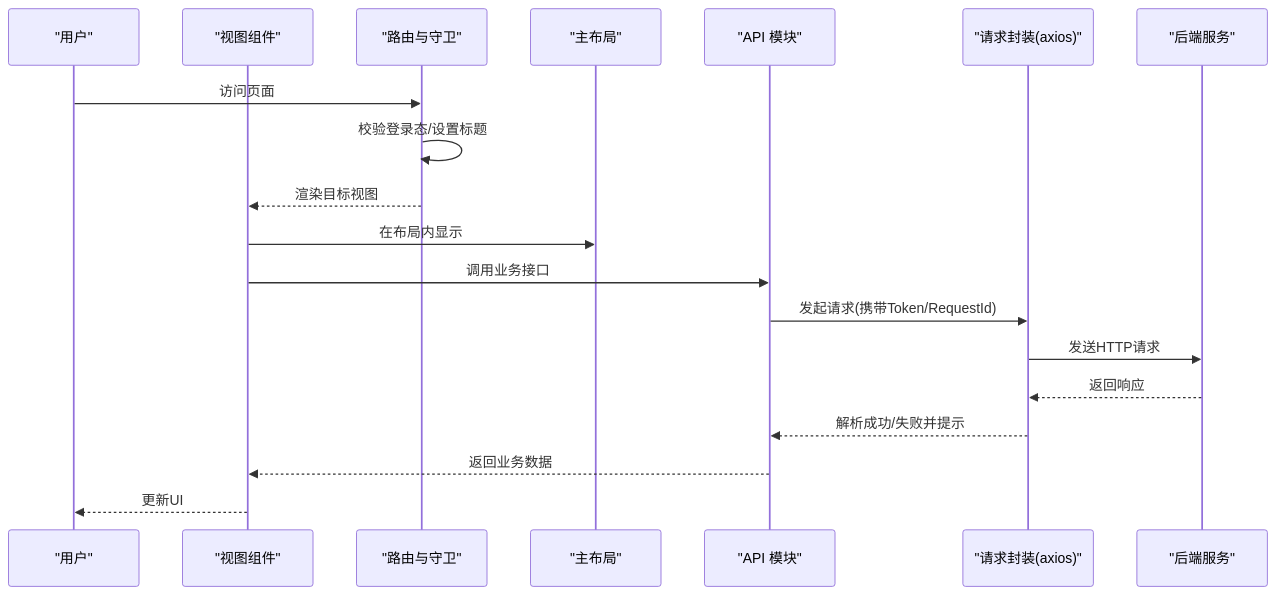
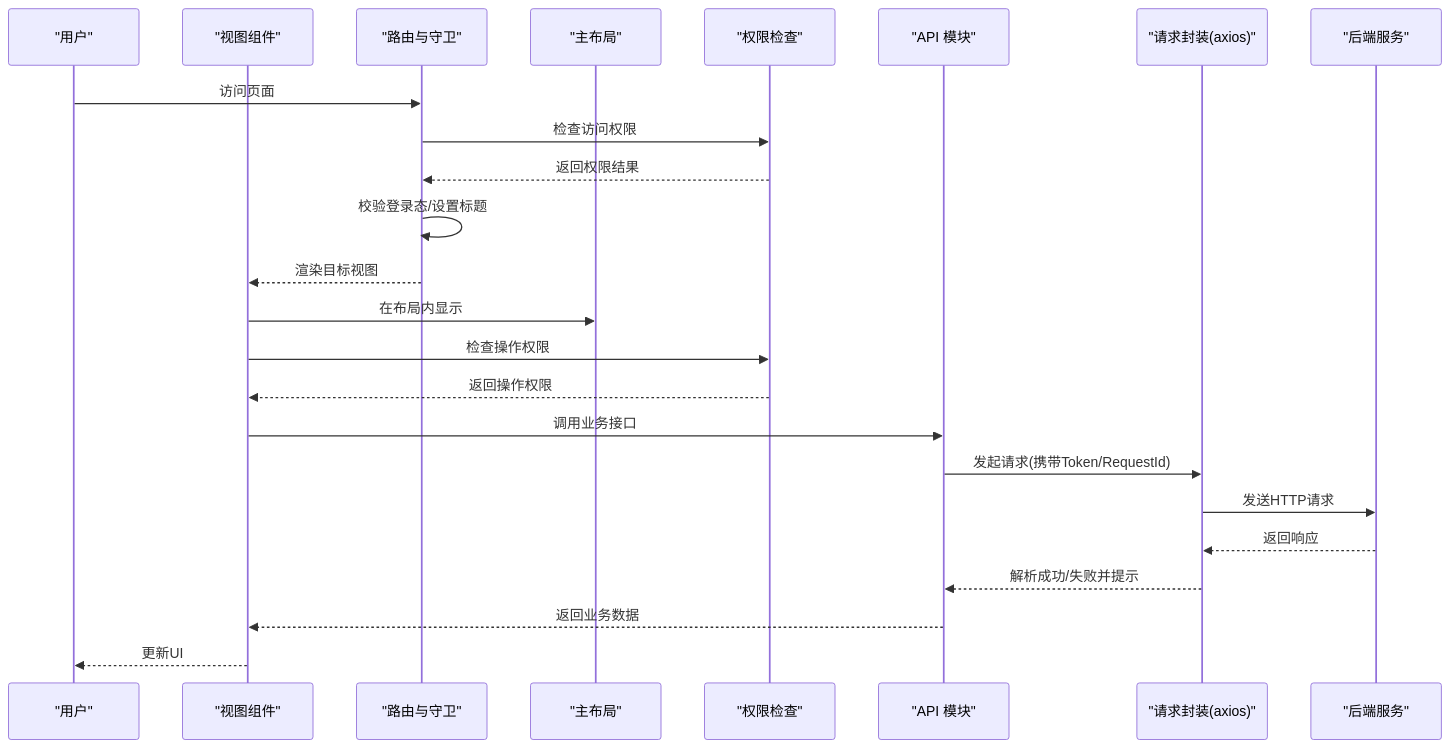
Before and after one commit to q446328246/agri-platform: the second of 14 diagrams in .qoder/repowiki/zh/content/前端应用文档/前端应用文档.md, drawn with Mermaid. The commit also changed other lines of this file and 37 other files, not shown here.

````diff
--- a/.qoder/repowiki/zh/content/前端应用文档/前端应用文档.md
+++ b/.qoder/repowiki/zh/content/前端应用文档/前端应用文档.md
@@ -162,21 +182,26 @@
 ```mermaid
 sequenceDiagram
 participant User as "用户"
 participant View as "视图组件"
 participant Router as "路由与守卫"
 participant Layout as "主布局"
+participant Permission as "权限检查"
 participant API as "API 模块"
 participant HTTP as "请求封装(axios)"
 participant Server as "后端服务"
 User->>Router : 访问页面
+Router->>Permission : 检查访问权限
+Permission-->>Router : 返回权限结果
 Router->>Router : 校验登录态/设置标题
 Router-->>View : 渲染目标视图
 View->>Layout : 在布局内显示
+View->>Permission : 检查操作权限
+Permission-->>View : 返回操作权限
 View->>API : 调用业务接口
 API->>HTTP : 发起请求(携带Token/RequestId)
 HTTP->>Server : 发送HTTP请求
 Server-->>HTTP : 返回响应
 HTTP-->>API : 解析成功/失败并提示
 API-->>View : 返回业务数据
 View-->>User : 更新UI
 ```
````
